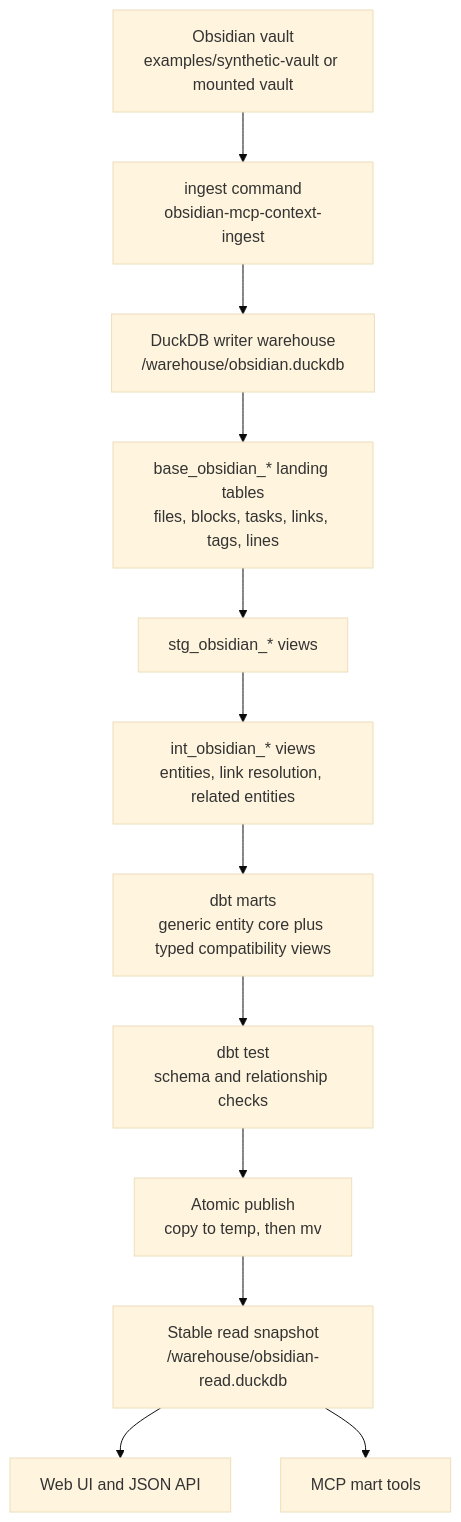
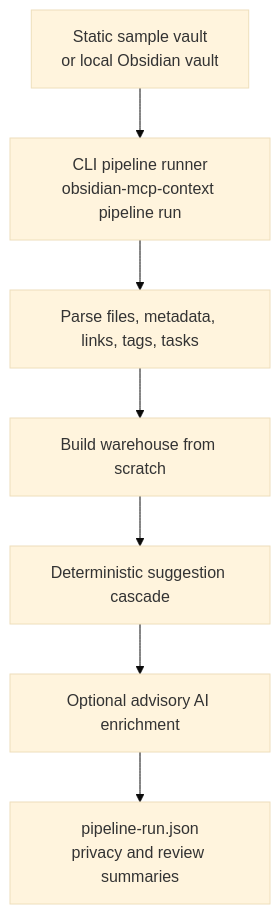
Before and after one commit to gavinsomers/obsidian-mcp-context: the second of 2 diagrams in docs/architecture.md, drawn with Mermaid (base theme). The commit also changed other lines of this file and 9 other files, not shown here.

````diff
--- a/docs/architecture.md
+++ b/docs/architecture.md
@@ -53,29 +58,17 @@
 ```mermaid
 flowchart TD
-  vault["Obsidian vault<br/>examples/synthetic-vault or mounted vault"]
-  ingest["ingest command<br/>obsidian-mcp-context-ingest"]
-  writer["DuckDB writer warehouse<br/>/warehouse/obsidian.duckdb"]
+  source["Static sample vault<br/>or local Obsidian vault"]
+  runner["CLI pipeline runner<br/>obsidian-mcp-context pipeline run"]
+  parse["Parse files, metadata, links, tags, tasks"]
+  warehouse["Build warehouse from scratch"]
+  deterministic["Deterministic suggestion cascade"]
+  ai["Optional advisory AI enrichment"]
+  report["pipeline-run.json<br/>privacy and review summaries"]
 
-  base["base_obsidian_* landing tables<br/>files, blocks, tasks, links, tags, lines"]
-  staging["stg_obsidian_* views"]
-  intermediate["int_obsidian_* views<br/>entities, link resolution, related entities"]
-  marts["dbt marts<br/>generic entity core plus typed compatibility views"]
-  tests["dbt test<br/>schema and relationship checks"]
-  publish["Atomic publish<br/>copy to temp, then mv"]
-  reader["Stable read snapshot<br/>/warehouse/obsidian-read.duckdb"]
-
-  web["Web UI and JSON API"]
-  mcp["MCP mart tools"]
-
-  vault --> ingest
-  ingest --> writer
-  writer --> base
-  base --> staging
-  staging --> intermediate
-  intermediate --> marts
-  marts --> tests
-  tests --> publish
-  publish --> reader
-  reader --> web
-  reader --> mcp
+  source --> runner
+  runner --> parse
+  parse --> warehouse
+  warehouse --> deterministic
+  deterministic --> ai
+  ai --> report
 ```
````
